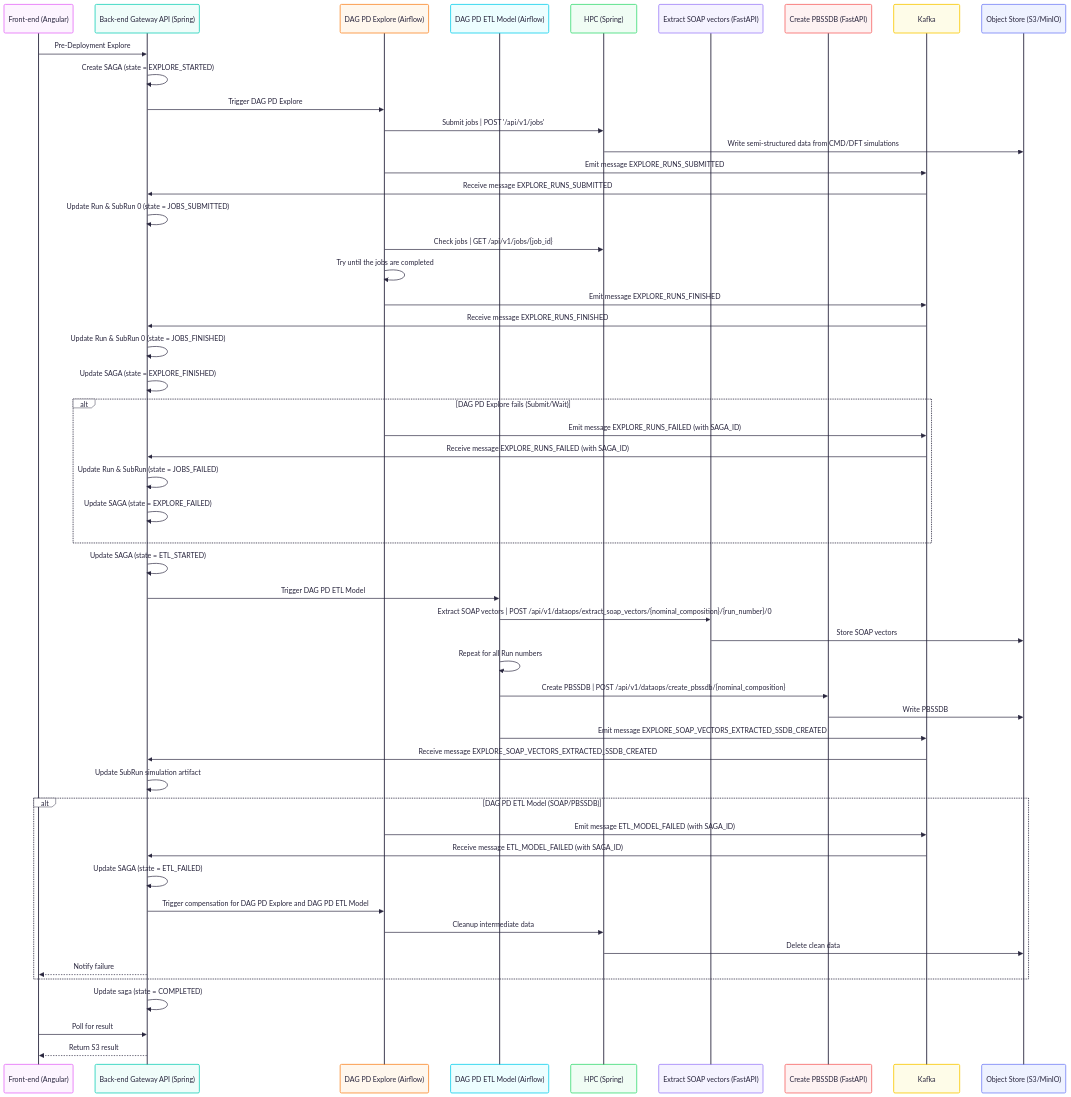
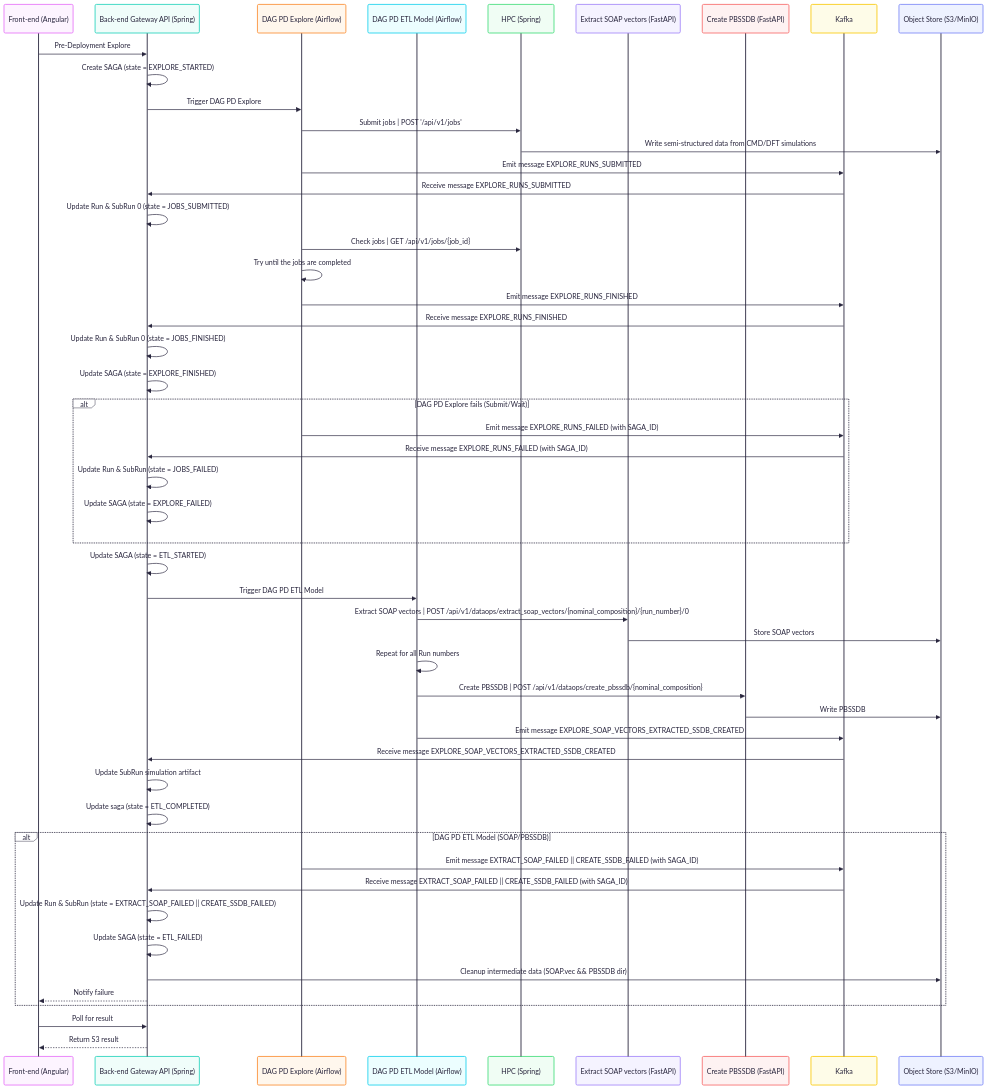
Before and after one commit to aryrfjr/PRM_4_113603_MLOps_Java: the diagram in README.md, drawn with Mermaid.

````diff
--- a/README.md
+++ b/README.md
@@ -19,59 +19,58 @@
 ```mermaid
 ---
 config:
   theme: redux-color
   look: handDrawn
 ---
 sequenceDiagram
     participant UI as Front-end (Angular)
     participant GW as Back-end Gateway API (Spring)
     participant AF1 as DAG PD Explore (Airflow)
     participant AF2 as DAG PD ETL Model (Airflow)
     participant A as HPC (Spring)
     participant C as Extract SOAP vectors (FastAPI)
     participant D as Create PBSSDB (FastAPI)
     participant K as Kafka
     participant S3 as Object Store (S3/MinIO)
     UI->>GW: Pre-Deployment Explore
     GW->>GW: Create SAGA (state = EXPLORE_STARTED)
     GW->>AF1: Trigger DAG PD Explore
     AF1->>A: Submit jobs | POST '/api/v1/jobs'
     A->>S3: Write semi-structured data from CMD/DFT simulations
     AF1->>K: Emit message EXPLORE_RUNS_SUBMITTED
     K->>GW: Receive message EXPLORE_RUNS_SUBMITTED
     GW->>GW: Update Run & SubRun 0 (state = JOBS_SUBMITTED)
     AF1->>A: Check jobs | GET /api/v1/jobs/{job_id}
     AF1->>AF1: Try until the jobs are completed
     AF1->>K: Emit message EXPLORE_RUNS_FINISHED
     K->>GW: Receive message EXPLORE_RUNS_FINISHED
     GW->>GW: Update Run & SubRun 0 (state = JOBS_FINISHED)
     GW->>GW: Update SAGA (state = EXPLORE_FINISHED)
     alt DAG PD Explore fails (Submit/Wait)
         AF1->>K: Emit message EXPLORE_RUNS_FAILED (with SAGA_ID)
         K->>GW: Receive message EXPLORE_RUNS_FAILED (with SAGA_ID)
         GW->>GW: Update Run & SubRun (state = JOBS_FAILED)
         GW->>GW: Update SAGA (state = EXPLORE_FAILED)
     end
     GW->>GW: Update SAGA (state = ETL_STARTED)
     GW->>AF2: Trigger DAG PD ETL Model
     AF2->>C: Extract SOAP vectors | POST /api/v1/dataops/extract_soap_vectors/{nominal_composition}/{run_number}/0
     C->>S3: Store SOAP vectors
     AF2->>AF2: Repeat for all Run numbers
     AF2->>D: Create PBSSDB | POST /api/v1/dataops/create_pbssdb/{nominal_composition}
     D->>S3: Write PBSSDB
     AF2->>K: Emit message EXPLORE_SOAP_VECTORS_EXTRACTED_SSDB_CREATED
     K->>GW: Receive message EXPLORE_SOAP_VECTORS_EXTRACTED_SSDB_CREATED
     GW->>GW: Update SubRun simulation artifact
+    GW->>GW: Update saga (state = ETL_COMPLETED)
     alt DAG PD ETL Model (SOAP/PBSSDB)
-        AF1->>K: Emit message ETL_MODEL_FAILED (with SAGA_ID)
-        K->>GW: Receive message ETL_MODEL_FAILED (with SAGA_ID)
+        AF1->>K: Emit message EXTRACT_SOAP_FAILED || CREATE_SSDB_FAILED (with SAGA_ID)
+        K->>GW: Receive message EXTRACT_SOAP_FAILED || CREATE_SSDB_FAILED (with SAGA_ID)
+        GW->>GW: Update Run & SubRun (state = EXTRACT_SOAP_FAILED || CREATE_SSDB_FAILED)
         GW->>GW: Update SAGA (state = ETL_FAILED)
-        GW->>AF1: Trigger compensation for DAG PD Explore and DAG PD ETL Model
-        AF1->>A: Cleanup intermediate data
-        A->>S3: Delete clean data
+        GW->>S3: Cleanup intermediate data (SOAP.vec && PBSSDB dir)
         GW-->>UI: Notify failure
     end
-    GW->>GW: Update saga (state = COMPLETED)
     UI->>GW: Poll for result
     GW-->>UI: Return S3 result
 ```
````
